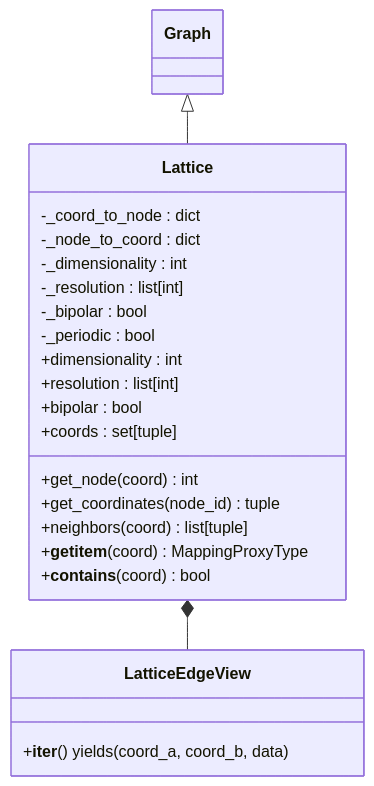
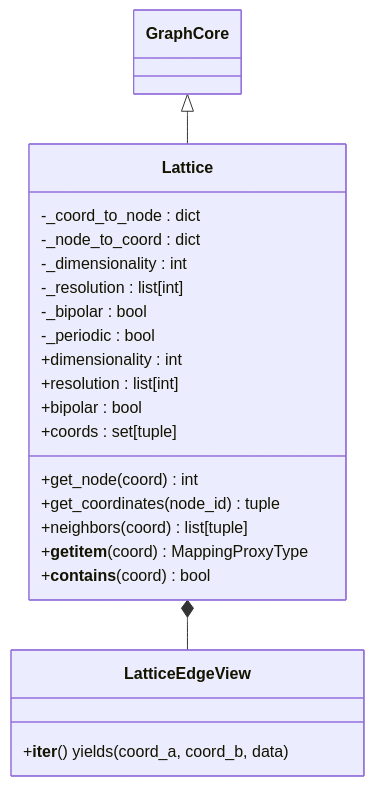
Before and after one commit to kr4g/Klotho: the fourth of 6 diagrams in docs/architecture/01_TOPOS.md, drawn with Mermaid. The commit also changed other lines of this file and 13 other files, not shown here.

First line of the commit message:
Overhaul architecture docs for Klotho 10.x API

````diff
--- a/docs/architecture/01_TOPOS.md
+++ b/docs/architecture/01_TOPOS.md
@@ -296,28 +372,28 @@
 ```mermaid
 classDiagram
-    Graph <|-- Lattice
+    GraphCore <|-- Lattice
 
     class Lattice {
         -_coord_to_node : dict
         -_node_to_coord : dict
         -_dimensionality : int
         -_resolution : list[int]
         -_bipolar : bool
         -_periodic : bool
         +dimensionality : int
         +resolution : list[int]
         +bipolar : bool
         +coords : set[tuple]
         +get_node(coord) int
         +get_coordinates(node_id) tuple
         +neighbors(coord) list[tuple]
         +__getitem__(coord) MappingProxyType
         +__contains__(coord) bool
     }
 
     class LatticeEdgeView {
         +__iter__() yields (coord_a, coord_b, data)
     }
 
     Lattice *-- LatticeEdgeView
 ```
````
